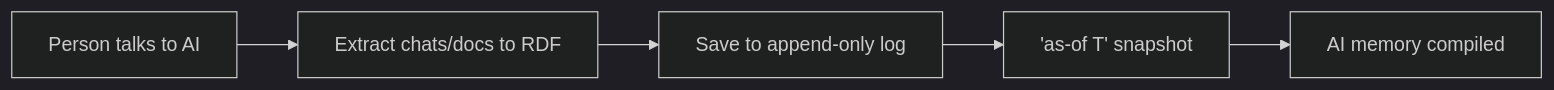
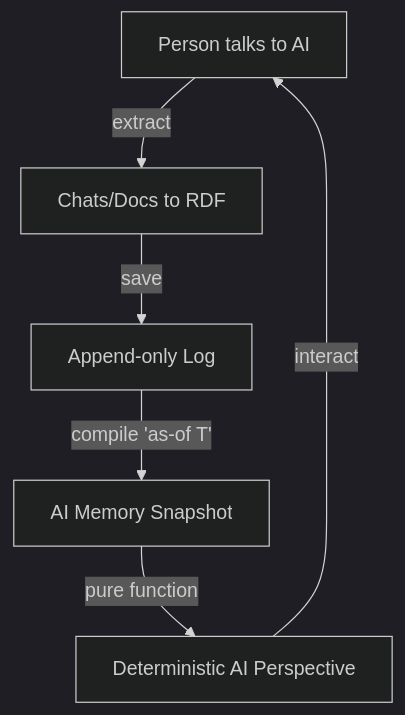
One commit to Synthetic-Identity-Co/conj-talk-2025 changed the third of 3 diagrams in conj-talk-2025.md. Above: the diagram before and after it, drawn with Mermaid (dark theme). The commit also changed other lines of this file, not shown here.

````diff
--- a/conj-talk-2025.md
+++ b/conj-talk-2025.md
@@ -216,7 +227,8 @@
 ```mermaid
-graph LR
-    A[Person talks to AI] --> B[Extract chats/docs to RDF]
-    B --> C[Save to append-only log]
-    C --> D['as-of T' snapshot]
-    D --> E[AI memory compiled]
+graph TD
+    A[Person talks to AI] -->|extract| B[Chats/Docs to RDF]
+    B -->|save| C[Append-only Log]
+    C -->|compile 'as-of T'| D[AI Memory Snapshot]
+    D -->|pure function| E[Deterministic AI Perspective]
+    E -->|interact| A
 ```
````
